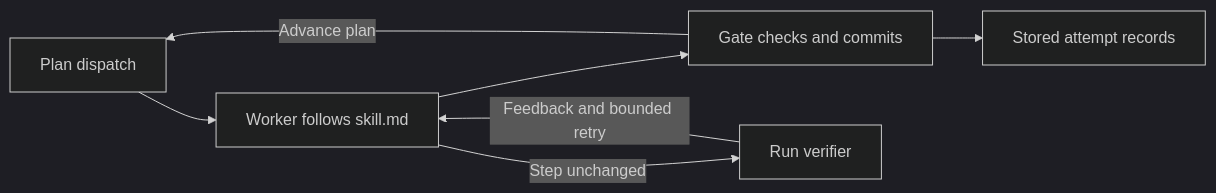
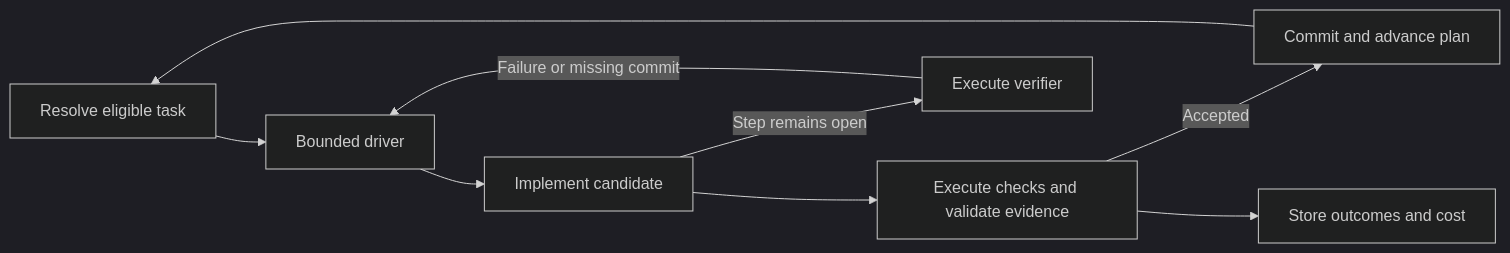
Before and after one commit to jeffmeloy/overgo: the diagram in README.md, drawn with Mermaid (dark theme). The commit also changed other lines of this file, not shown here.

Commit message:
docs: emphasize deterministic skill automation

````diff
--- a/README.md
+++ b/README.md
@@ -44,9 +47,11 @@
 ```mermaid
 flowchart LR
-    Plan[Plan dispatch] --> Worker[Worker follows skill.md]
-    Worker --> Gate[Gate checks and commits]
-    Gate -->|Advance plan| Plan
-    Worker -->|Step unchanged| Verify[Run verifier]
-    Verify -->|Feedback and bounded retry| Worker
-    Gate --> Records[Stored attempt records]
+    Plan[Resolve eligible task] --> Driver[Bounded driver]
+    Driver --> Change[Implement candidate]
+    Change --> Gate[Execute checks and validate evidence]
+    Gate -->|Accepted| Commit[Commit and advance plan]
+    Commit --> Plan
+    Gate --> Records[Store outcomes and cost]
+    Change -->|Step remains open| Verify[Execute verifier]
+    Verify -->|Failure or missing commit| Driver
 ```
````
